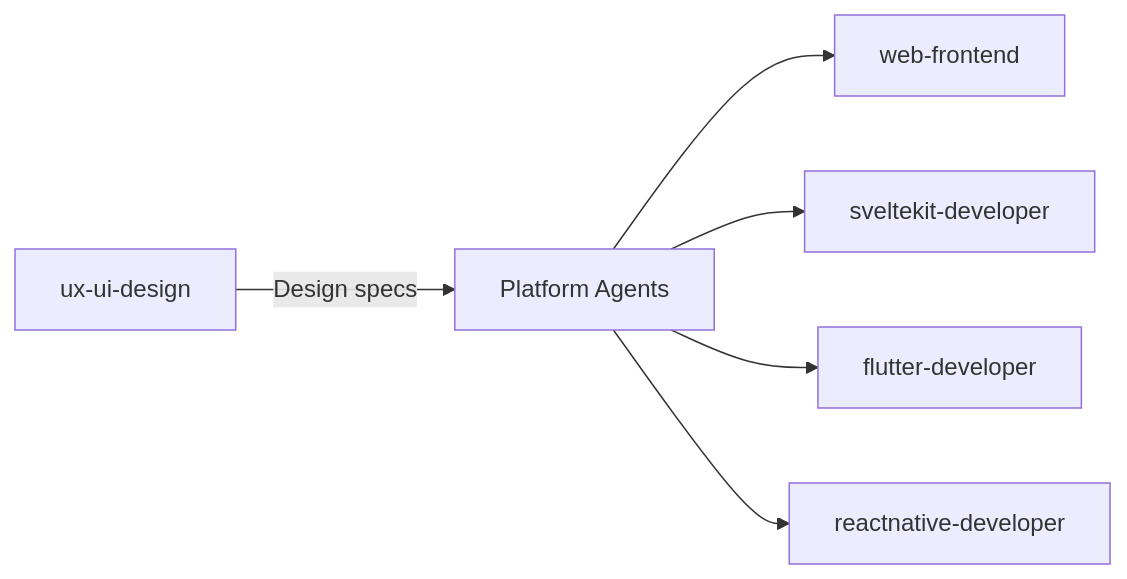
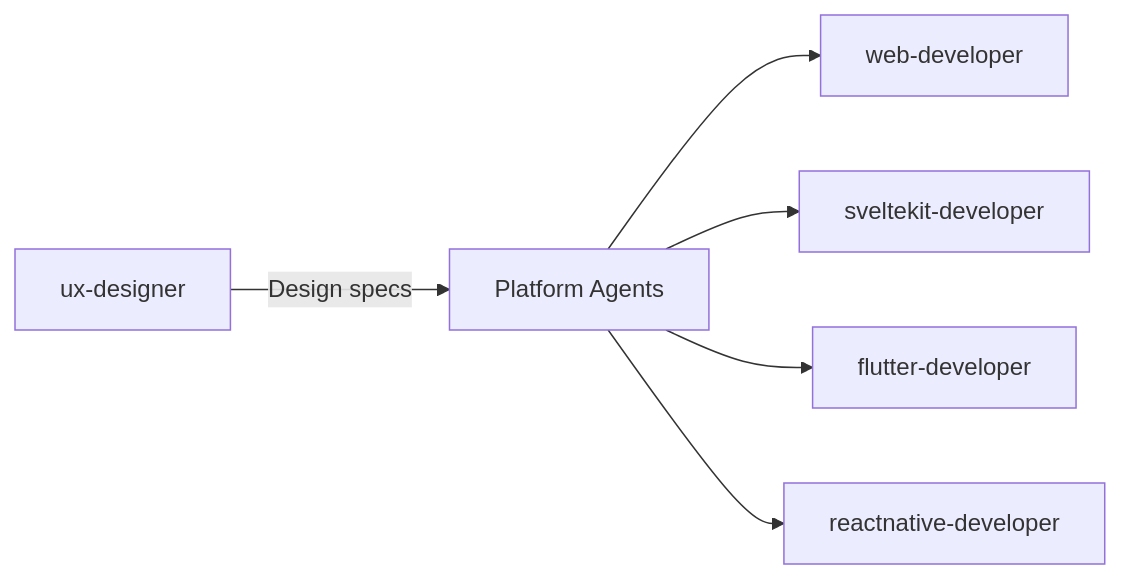
Before and after one commit to mudspot/prometheus-agents: the first of 3 diagrams in docs/AGENT_USAGE_GUIDE.md, drawn with Mermaid. The commit also changed other lines of this file and 29 other files, not shown here.

````diff
--- a/docs/AGENT_USAGE_GUIDE.md
+++ b/docs/AGENT_USAGE_GUIDE.md
@@ -198,8 +198,8 @@
 ```mermaid
 graph LR
-    A[ux-ui-design] -->|Design specs| B[Platform Agents]
-    B --> C[web-frontend]
+    A[ux-designer] -->|Design specs| B[Platform Agents]
+    B --> C[web-developer]
     B --> D[sveltekit-developer]
     B --> E[flutter-developer]
     B --> F[reactnative-developer]
 ```
````
